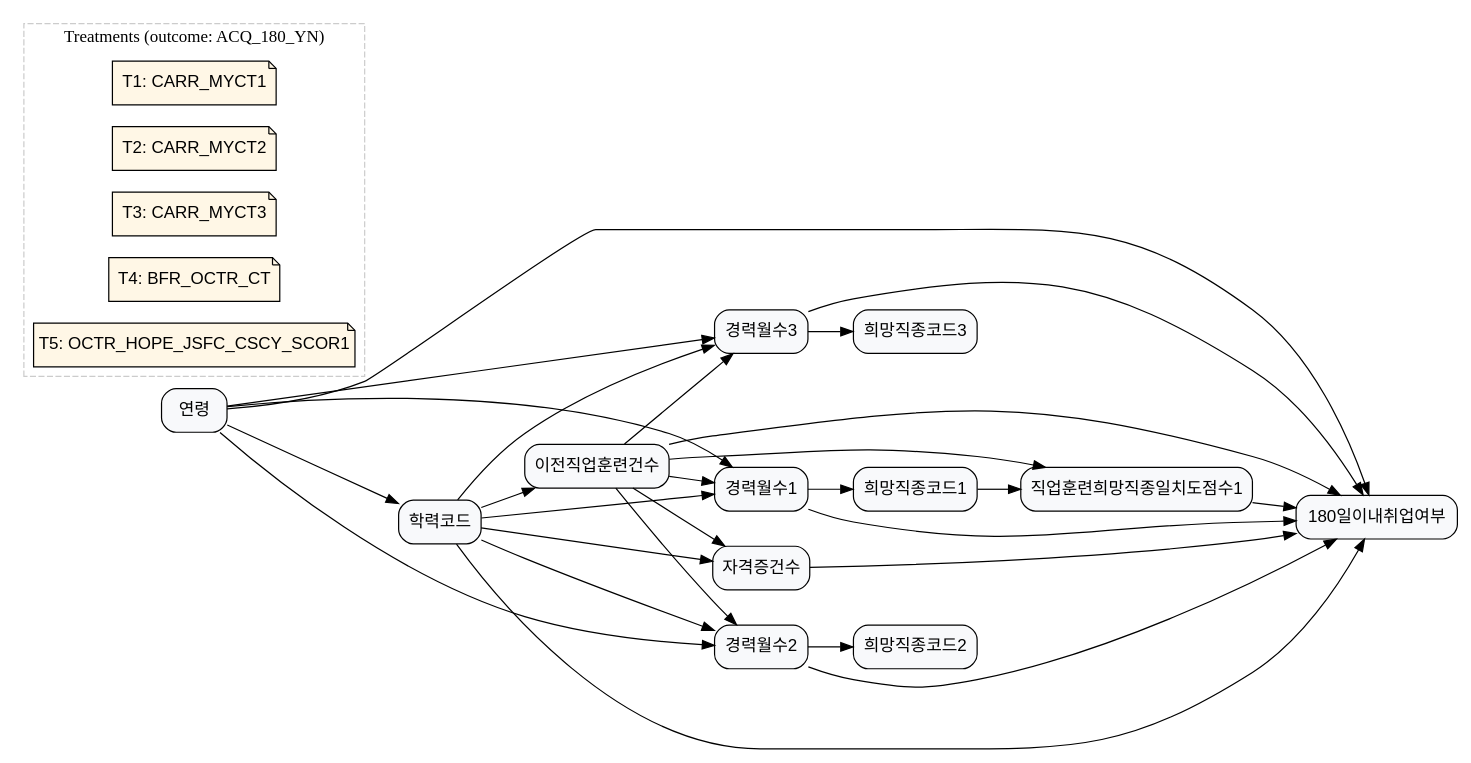
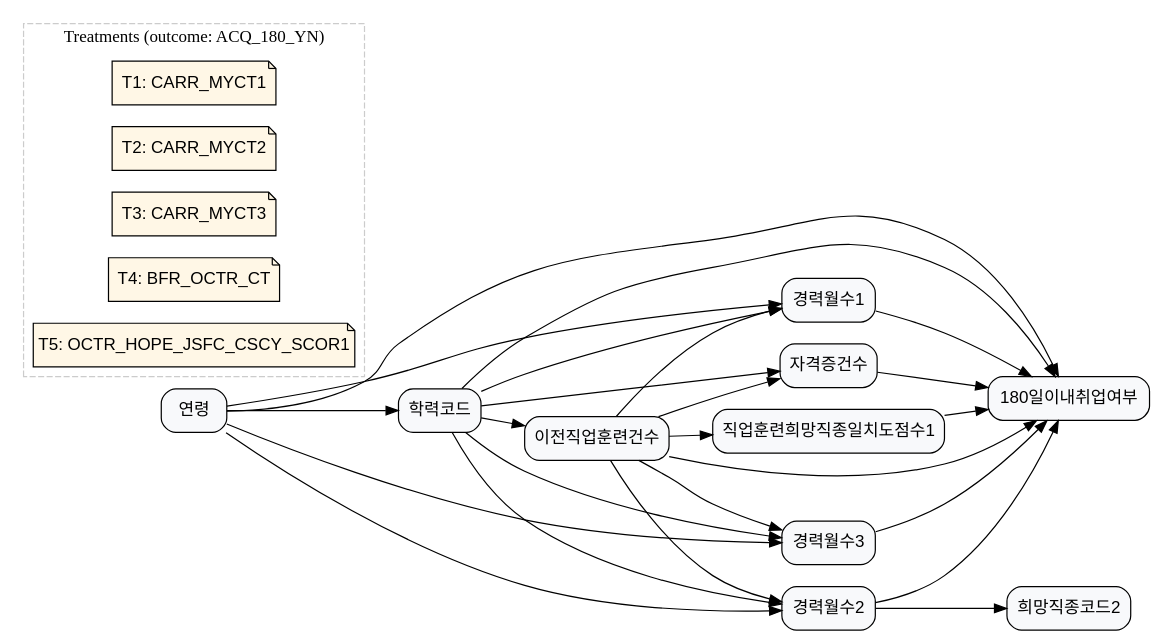
Before and after one commit to KU-LIM-Lab/dowhy-deep: the diagram in laborlab_2/data/graph_data/graph_5.dot, drawn with Graphviz. The commit also changed 67 other files, not shown here.

Commit message:
graph examined and updated. graph_31-40 newly added. graph visualization added

```diff
--- a/laborlab_2/data/graph_data/graph_5.dot
+++ b/laborlab_2/data/graph_data/graph_5.dot
@@ -1,54 +1,49 @@
 digraph G {
 rankdir=LR;
 node [fillcolor="#F8F9FB", fontname="Helvetica", shape=box, style="rounded,filled"];
 ACQ_180_YN [label="180일이내취업여부"];
 CARR_MYCT1 [label="경력월수1"];
 CARR_MYCT2 [label="경력월수2"];
 CARR_MYCT3 [label="경력월수3"];
 BFR_OCTR_CT [label="이전직업훈련건수"];
 OCTR_HOPE_JSFC_CSCY_SCOR1 [label="직업훈련희망직종일치도점수1"];
 CRQF_CT [label="자격증건수"];
 AGE [label="연령"];
 ACCR_CD [label="학력코드"];
-HOPE_JSCD1 [label="희망직종코드1"];
 HOPE_JSCD2 [label="희망직종코드2"];
-HOPE_JSCD3 [label="희망직종코드3"];
 AGE -> ACCR_CD;
 AGE -> CARR_MYCT1;
 AGE -> CARR_MYCT2;
 AGE -> CARR_MYCT3;
 ACCR_CD -> CARR_MYCT1;
 ACCR_CD -> CARR_MYCT2;
 ACCR_CD -> CARR_MYCT3;
 ACCR_CD -> BFR_OCTR_CT;
 ACCR_CD -> CRQF_CT;
 BFR_OCTR_CT -> CARR_MYCT1;
 BFR_OCTR_CT -> CARR_MYCT2;
 BFR_OCTR_CT -> CARR_MYCT3;
 BFR_OCTR_CT -> CRQF_CT;
 BFR_OCTR_CT -> OCTR_HOPE_JSFC_CSCY_SCOR1;
-CARR_MYCT1 -> HOPE_JSCD1;
 CARR_MYCT2 -> HOPE_JSCD2;
-CARR_MYCT3 -> HOPE_JSCD3;
-HOPE_JSCD1 -> OCTR_HOPE_JSFC_CSCY_SCOR1;
 CARR_MYCT1 -> ACQ_180_YN;
 CARR_MYCT2 -> ACQ_180_YN;
 CARR_MYCT3 -> ACQ_180_YN;
 BFR_OCTR_CT -> ACQ_180_YN;
 CRQF_CT -> ACQ_180_YN;
 OCTR_HOPE_JSFC_CSCY_SCOR1 -> ACQ_180_YN;
 ACCR_CD -> ACQ_180_YN;
 AGE -> ACQ_180_YN;
 subgraph cluster_treatments {
 color="#CCCCCC";
 label="Treatments (outcome: ACQ_180_YN)";
 style=dashed;
 node [fillcolor="#FFF7E6", fontname="Helvetica", shape=note, style="rounded,filled"];
 T1 [label="T1: CARR_MYCT1", role="treatment_meta", treatment_def="희망직종1 경력월수 수준 차이의 효과", treatment_name="CARR_MYCT1", treatment_question="희망직종1 경력이 긴 사람과 짧은 사람의 6개월 내 취업 확률 차이?", treatment_var="CARR_MYCT1"];
 T2 [label="T2: CARR_MYCT2", role="treatment_meta", treatment_def="희망직종2 경력월수 수준 차이의 효과", treatment_name="CARR_MYCT2", treatment_question="희망직종2 경력이 긴 사람과 짧은 사람의 6개월 내 취업 확률 차이?", treatment_var="CARR_MYCT2"];
 T3 [label="T3: CARR_MYCT3", role="treatment_meta", treatment_def="희망직종3 경력월수 수준 차이의 효과", treatment_name="CARR_MYCT3", treatment_question="희망직종3 경력이 긴 사람과 짧은 사람의 6개월 내 취업 확률 차이?", treatment_var="CARR_MYCT3"];
 T4 [label="T4: BFR_OCTR_CT", role="treatment_meta", treatment_def="이전직업훈련건수 수준 차이의 효과", treatment_name="BFR_OCTR_CT", treatment_question="이전 직업훈련을 많이 받은 사람과 적게 받은 사람의 6개월 내 취업 확률 차이?", treatment_var="BFR_OCTR_CT"];
 T5 [label="T5: OCTR_HOPE_JSFC_CSCY_SCOR1", role="treatment_meta", treatment_def="훈련-희망직종 일치도 점수 수준 차이의 효과", treatment_name="OCTR_HOPE_JSFC_CSCY_SCOR1", treatment_question="훈련과 희망직종의 일치도가 높은 사람과 낮은 사람의 6개월 내 취업 확률 차이?", treatment_var="OCTR_HOPE_JSFC_CSCY_SCOR1"];
 }
 
 }
```
